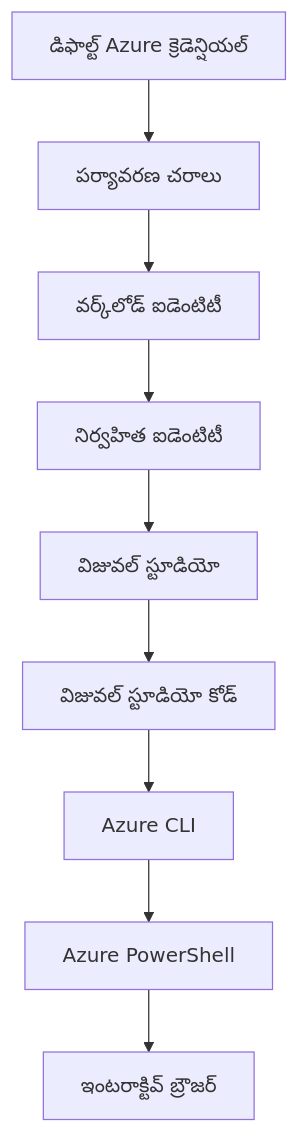
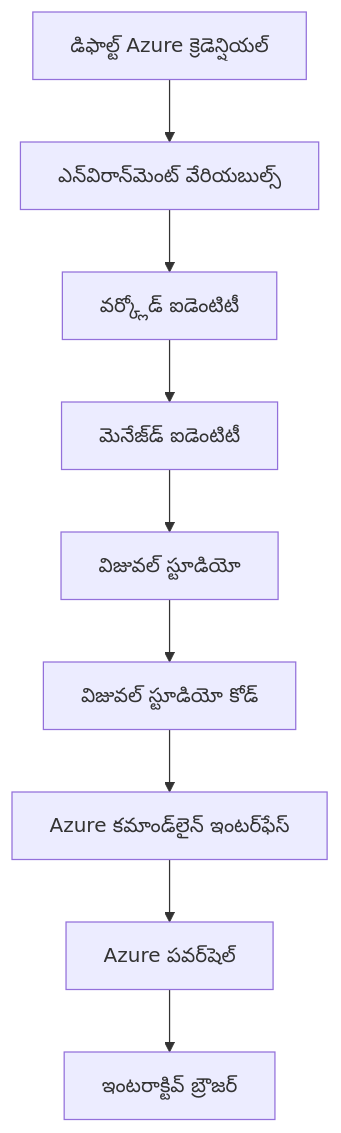
The second of 2 diagrams in translations/te/docs/chapter-01-foundation/azd-basics.md (microsoft/AZD-for-beginners), drawn with Mermaid before and after one commit. The commit also changed other lines of this file and 104 other files, not shown here.

````diff
--- a/translations/te/docs/chapter-01-foundation/azd-basics.md
+++ b/translations/te/docs/chapter-01-foundation/azd-basics.md
@@ -592,11 +607,11 @@
 ```mermaid
 graph TD
-    A[డిఫాల్ట్ Azure క్రెడెన్షియల్] --> B[పర్యావరణ చరాలు]
-    B --> C[వర్క్‌లోడ్ ఐడెంటిటీ]
-    C --> D[నిర్వహిత ఐడెంటిటీ]
+    A[డిఫాల్ట్ Azure క్రెడెన్షియల్] --> B[ఎన్‌విరాన్‌మెంట్ వేరియబుల్స్]
+    B --> C[వర్క్లోడ్ ఐడెంటిటీ]
+    C --> D[మెనేజ్‌డ్ ఐడెంటిటీ]
     D --> E[విజువల్ స్టూడియో]
     E --> F[విజువల్ స్టూడియో కోడ్]
-    F --> G[Azure CLI]
-    G --> H[Azure PowerShell]
+    F --> G[Azure కమాండ్‌లైన్ ఇంటర్‌ఫేస్]
+    G --> H[Azure పవర్‌షెల్]
     H --> I[ఇంటరాక్టివ్ బ్రౌజర్]
 ```
````
